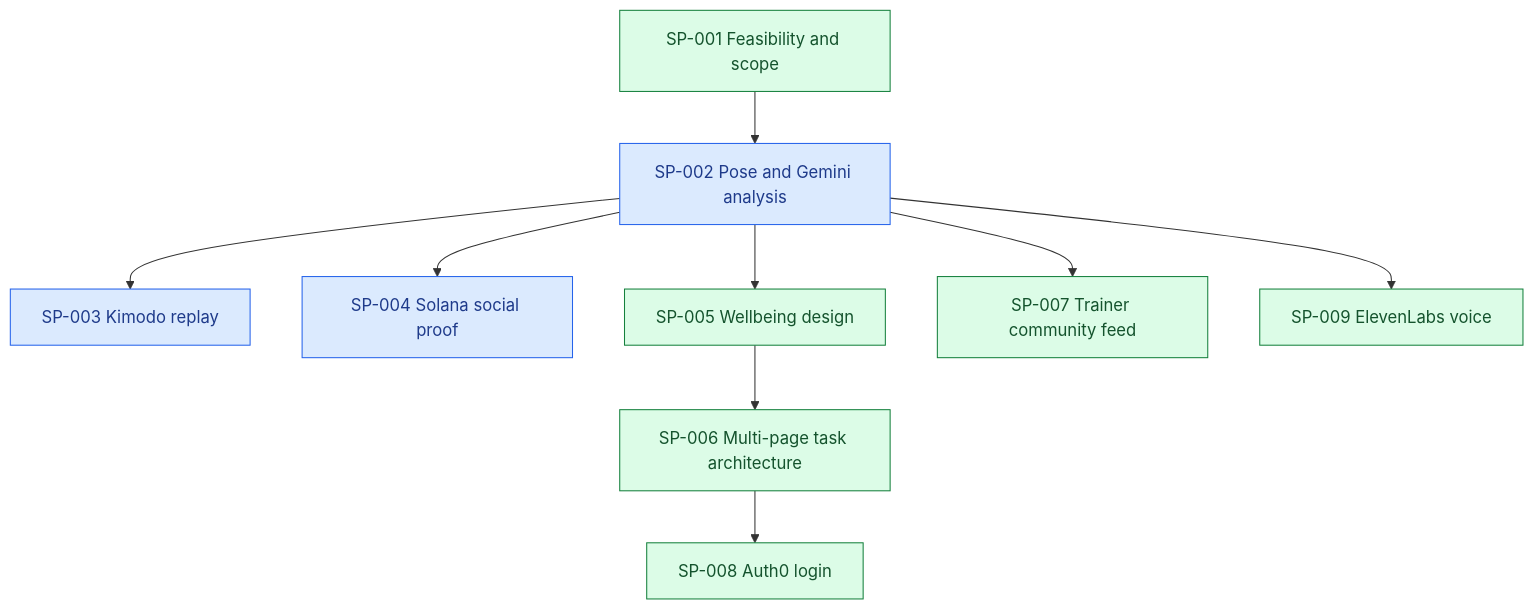
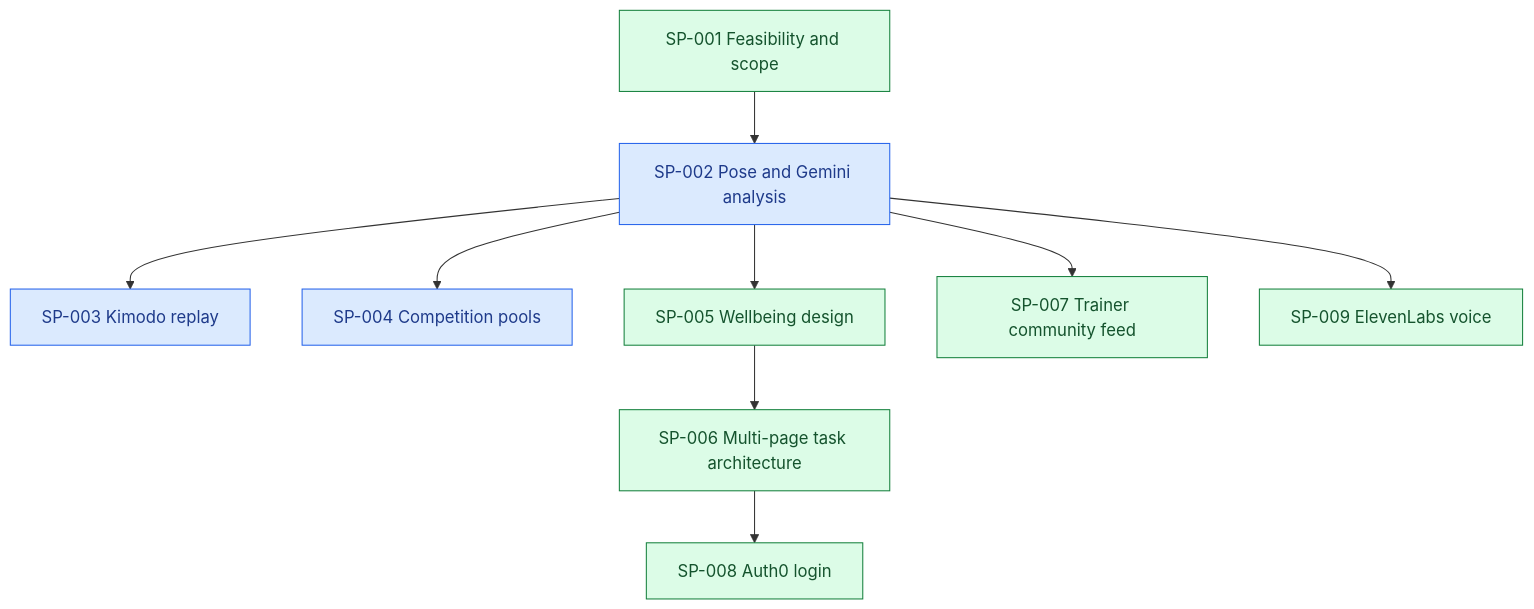
Before and after one commit to SafwanKamal/Spotter: the diagram in .codex/PROJECT_LEDGER.md, drawn with Mermaid. The commit also changed other lines of this file and 76 other files, not shown here.

````diff
--- a/.codex/PROJECT_LEDGER.md
+++ b/.codex/PROJECT_LEDGER.md
@@ -52,24 +54,24 @@
 ```mermaid
 flowchart TD
     SP001["SP-001 Feasibility and scope"] --> SP002["SP-002 Pose and Gemini analysis"]
     SP002 --> SP003["SP-003 Kimodo replay"]
-    SP002 --> SP004["SP-004 Solana social proof"]
+    SP002 --> SP004["SP-004 Competition pools"]
     classDef active fill:#dbeafe,stroke:#2563eb,color:#1e3a8a
     classDef ready fill:#fef3c7,stroke:#ca8a04,color:#713f12
     classDef deferred fill:#f3f4f6,stroke:#6b7280,color:#374151
     classDef complete fill:#dcfce7,stroke:#15803d,color:#14532d
     class SP001 complete
     class SP002 active
     SP002 --> SP005["SP-005 Wellbeing design"]
     class SP005 complete
     SP005 --> SP006["SP-006 Multi-page task architecture"]
     class SP006 complete
     SP002 --> SP007["SP-007 Trainer community feed"]
     class SP007 complete
     SP006 --> SP008["SP-008 Auth0 login"]
     class SP008 complete
     class SP003 active
     class SP004 active
     SP002 --> SP009["SP-009 ElevenLabs voice"]
     class SP009 complete
 ```
````
